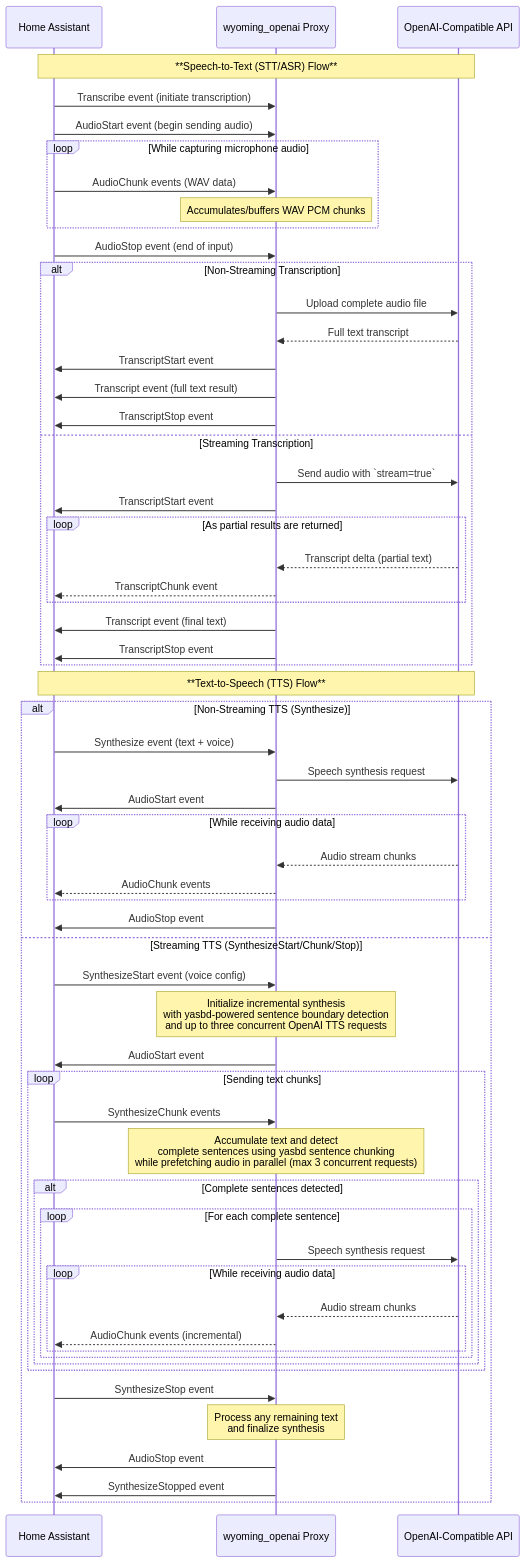
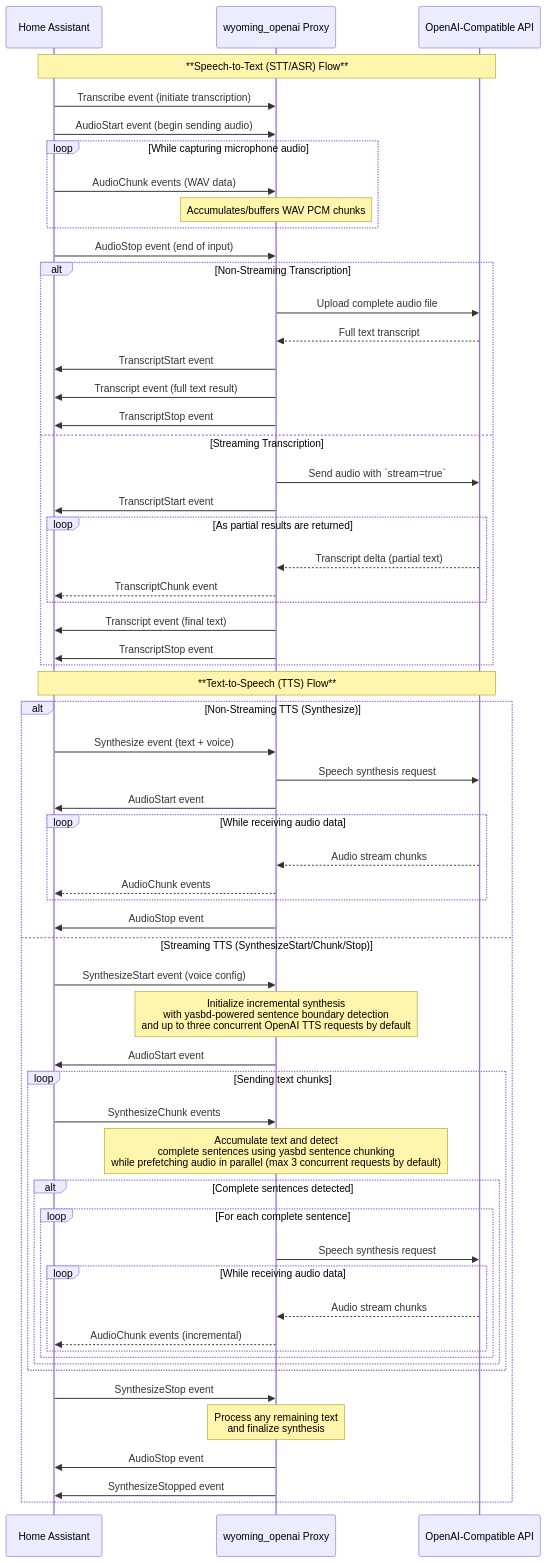
The first of 2 diagrams in README.md (roryeckel/wyoming_openai), drawn with Mermaid before and after one commit. The commit also changed other lines of this file and 5 other files, not shown here.

First line of the commit message:
Add --tts-concurrent-requests to configure simultaneous TTS requests

````diff
--- a/README.md
+++ b/README.md
@@ -444,66 +445,66 @@
 ```mermaid
 sequenceDiagram
   participant HA as Home Assistant
   participant WY as wyoming_openai Proxy
   participant OAPI as OpenAI-Compatible API
   
   Note over HA,OAPI: **Speech-to-Text (STT/ASR) Flow**
   HA->>WY: Transcribe event (initiate transcription)
   HA->>WY: AudioStart event (begin sending audio)
   loop While capturing microphone audio
     HA->>WY: AudioChunk events (WAV data)
     Note over WY: Accumulates/buffers WAV PCM chunks
   end
   HA->>WY: AudioStop event (end of input)
   
   alt Non-Streaming Transcription
     WY->>OAPI: Upload complete audio file
     OAPI-->>WY: Full text transcript
     WY->>HA: TranscriptStart event
     WY->>HA: Transcript event (full text result)
     WY->>HA: TranscriptStop event
   else Streaming Transcription
     WY->>OAPI: Send audio with `stream=true`
     WY->>HA: TranscriptStart event
     loop As partial results are returned
       OAPI-->>WY: Transcript delta (partial text)
       WY-->>HA: TranscriptChunk event
     end
     WY->>HA: Transcript event (final text)
     WY->>HA: TranscriptStop event
   end
   
   Note over HA,OAPI: **Text-to-Speech (TTS) Flow**
   
   alt Non-Streaming TTS (Synthesize)
     HA->>WY: Synthesize event (text + voice)
     WY->>OAPI: Speech synthesis request
     WY->>HA: AudioStart event
     loop While receiving audio data
       OAPI-->>WY: Audio stream chunks
       WY-->>HA: AudioChunk events
     end
     WY->>HA: AudioStop event
   else Streaming TTS (SynthesizeStart/Chunk/Stop)
     HA->>WY: SynthesizeStart event (voice config)
-    Note over WY: Initialize incremental synthesis<br/>with yasbd-powered sentence boundary detection<br/>and up to three concurrent OpenAI TTS requests
+    Note over WY: Initialize incremental synthesis<br/>with yasbd-powered sentence boundary detection<br/>and up to three concurrent OpenAI TTS requests by default
     WY->>HA: AudioStart event
     loop Sending text chunks
       HA->>WY: SynthesizeChunk events
-      Note over WY: Accumulate text and detect<br/>complete sentences using yasbd sentence chunking<br/>while prefetching audio in parallel (max 3 concurrent requests)
+      Note over WY: Accumulate text and detect<br/>complete sentences using yasbd sentence chunking<br/>while prefetching audio in parallel (max 3 concurrent requests by default)
       alt Complete sentences detected
         loop For each complete sentence
           WY->>OAPI: Speech synthesis request
           loop While receiving audio data
             OAPI-->>WY: Audio stream chunks
             WY-->>HA: AudioChunk events (incremental)
           end
         end
       end
     end
     HA->>WY: SynthesizeStop event
     Note over WY: Process any remaining text<br/>and finalize synthesis
     WY->>HA: AudioStop event
     WY->>HA: SynthesizeStopped event
   end
 ```
````
